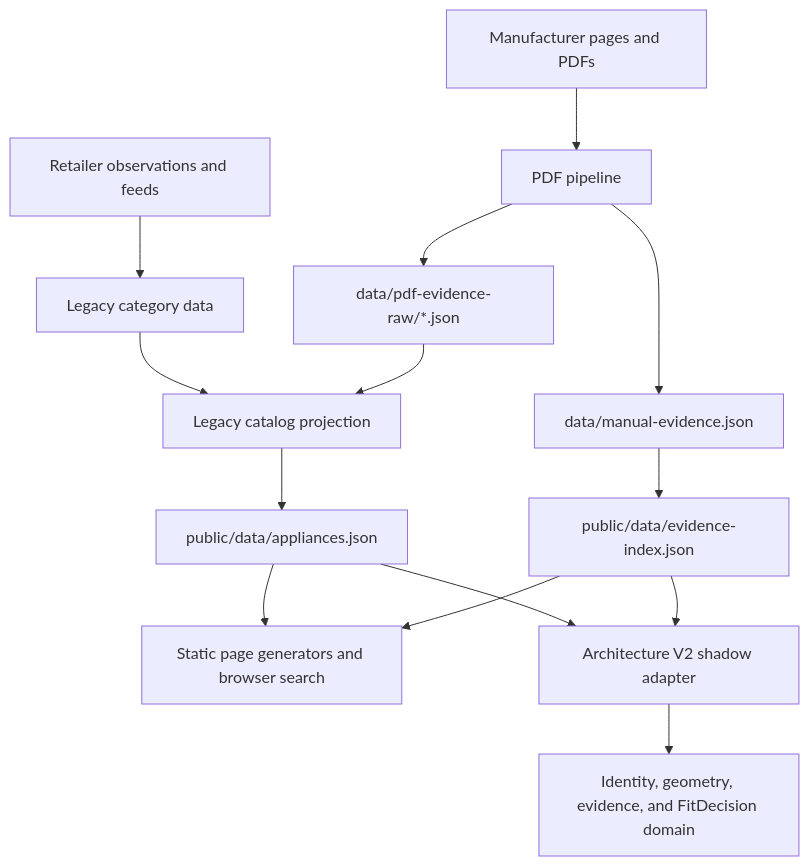
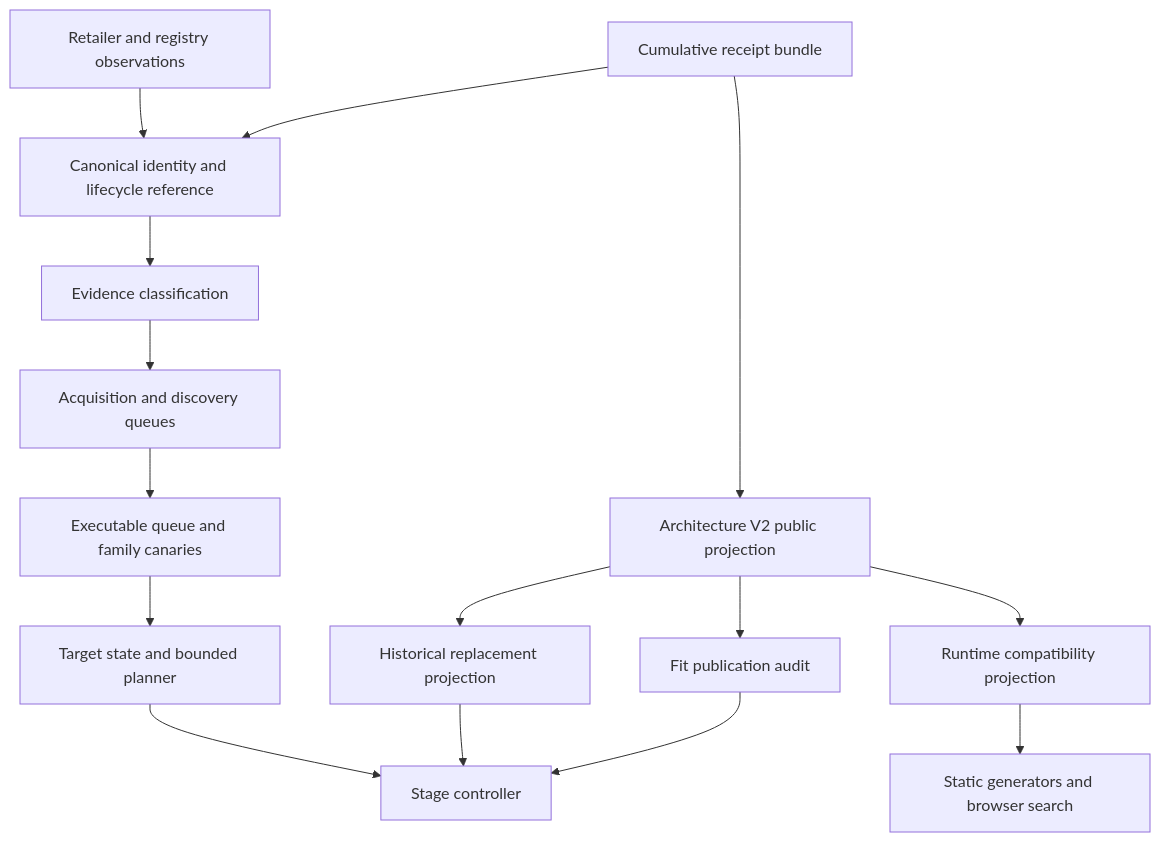
One commit to fitappliance/fitappliance changed the diagram in docs/architecture-v2/repository-architecture-audit.md. Above: the diagram before and after it, drawn with Mermaid. The commit also changed other lines of this file and 8 other files, not shown here.

Commit message:
feat(architecture): attest historical evidence release graph

````diff
--- a/docs/architecture-v2/repository-architecture-audit.md
+++ b/docs/architecture-v2/repository-architecture-audit.md
@@ -67,16 +79,17 @@
 ```mermaid
 flowchart TD
-  R["Retailer observations and feeds"] --> L["Legacy category data"]
-  M["Manufacturer pages and PDFs"] --> P["PDF pipeline"]
-  P --> V["data/manual-evidence.json"]
-  P --> X["data/pdf-evidence-raw/*.json"]
-  V --> I["public/data/evidence-index.json"]
-  L --> C["Legacy catalog projection"]
-  X --> C
-  C --> A["public/data/appliances.json"]
-  A --> G["Static page generators and browser search"]
-  I --> G
-  A --> S["Architecture V2 shadow adapter"]
-  I --> S
-  S --> D["Identity, geometry, evidence, and FitDecision domain"]
+  O["Retailer and registry observations"] --> R["Canonical identity and lifecycle reference"]
+  B["Cumulative receipt bundle"] --> R
+  R --> C["Evidence classification"]
+  C --> Q["Acquisition and discovery queues"]
+  Q --> E["Executable queue and family canaries"]
+  E --> T["Target state and bounded planner"]
+  B --> P["Architecture V2 public projection"]
+  P --> H["Historical replacement projection"]
+  P --> F["Fit publication audit"]
+  T --> S["Stage controller"]
+  H --> S
+  F --> S
+  P --> X["Runtime compatibility projection"]
+  X --> G["Static generators and browser search"]
 ```
````
